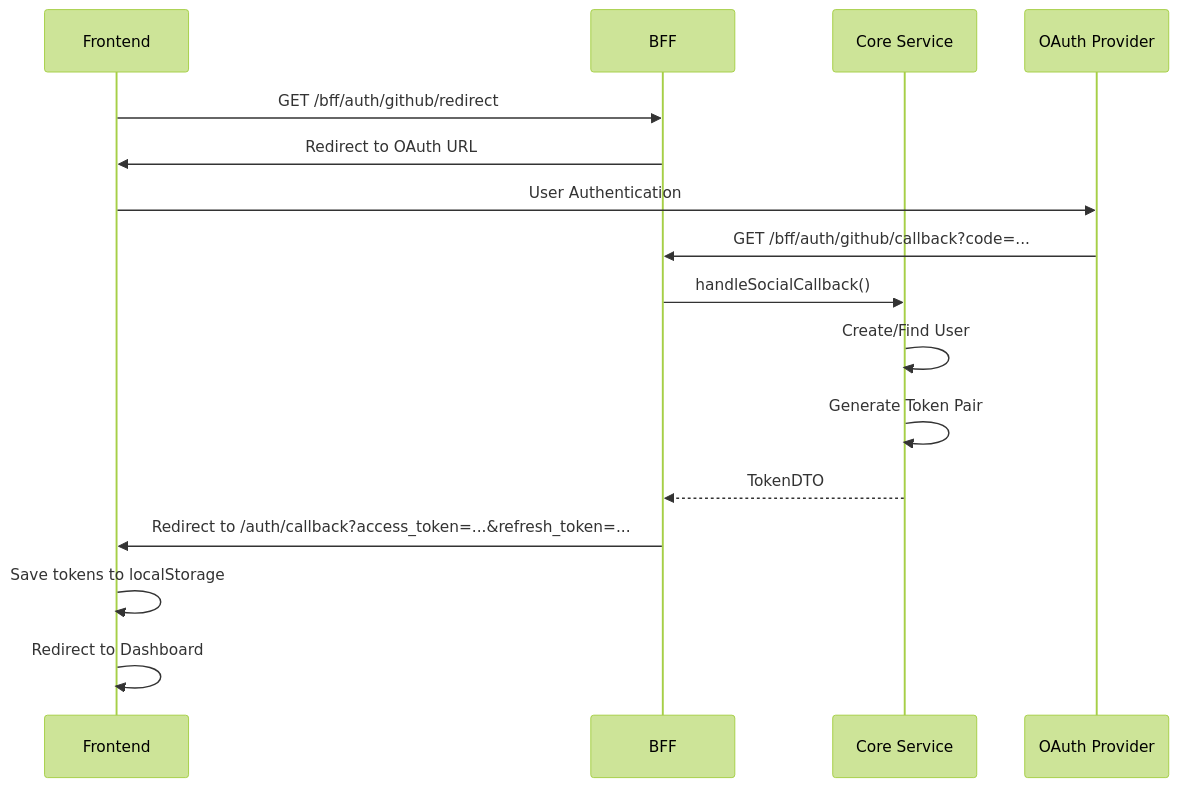
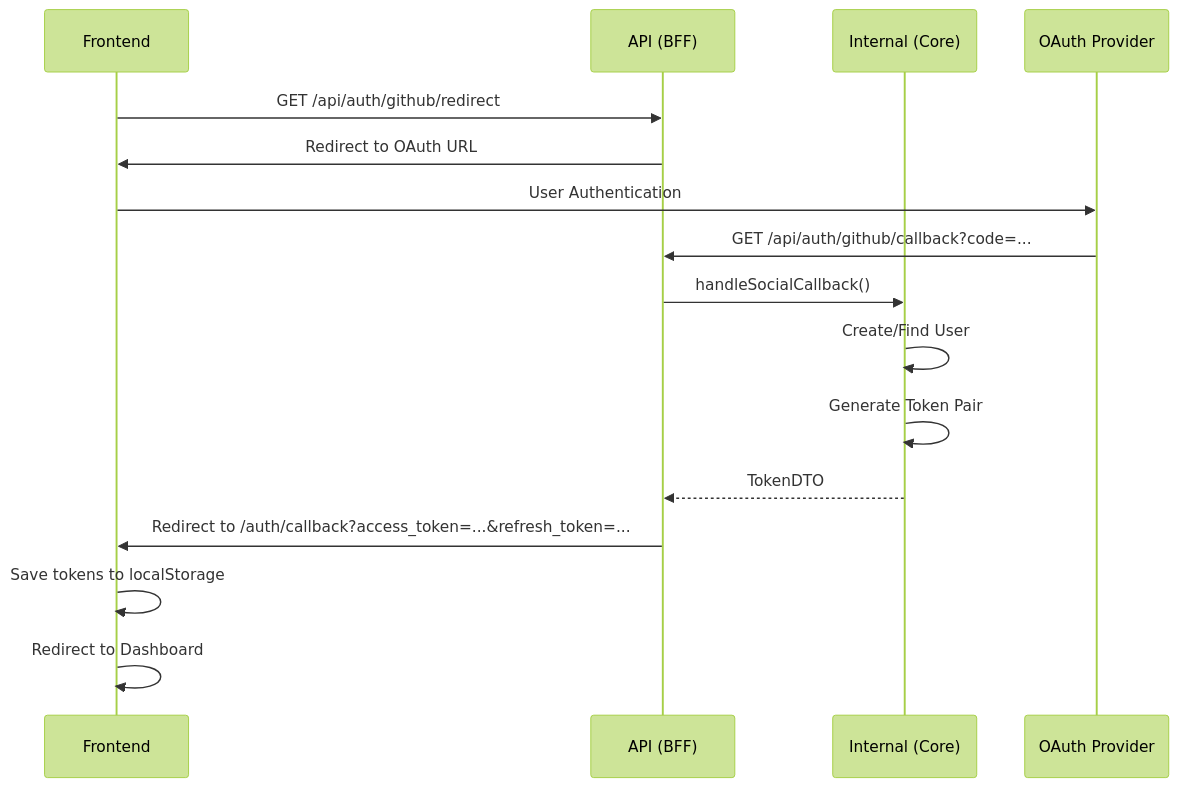
The first of 2 diagrams in docs/BFF.md (shaul1991/toy-core-system), drawn with Mermaid (forest theme) before and after one commit. The commit also changed other lines of this file and 9 other files, not shown here.

First line of the commit message:
refactor: API 경로 구조 변경 (/bff/* → /api/*, /api/* → /internal/*)

````diff
--- a/docs/BFF.md
+++ b/docs/BFF.md
@@ -85,19 +86,19 @@
 ```mermaid
 sequenceDiagram
     participant F as Frontend
-    participant B as BFF
-    participant C as Core Service
+    participant A as API (BFF)
+    participant I as Internal (Core)
     participant O as OAuth Provider
 
-    F->>B: GET /bff/auth/github/redirect
-    B->>F: Redirect to OAuth URL
+    F->>A: GET /api/auth/github/redirect
+    A->>F: Redirect to OAuth URL
     F->>O: User Authentication
-    O->>B: GET /bff/auth/github/callback?code=...
-    B->>C: handleSocialCallback()
-    C->>C: Create/Find User
-    C->>C: Generate Token Pair
-    C-->>B: TokenDTO
-    B->>F: Redirect to /auth/callback?access_token=...&refresh_token=...
+    O->>A: GET /api/auth/github/callback?code=...
+    A->>I: handleSocialCallback()
+    I->>I: Create/Find User
+    I->>I: Generate Token Pair
+    I-->>A: TokenDTO
+    A->>F: Redirect to /auth/callback?access_token=...&refresh_token=...
     F->>F: Save tokens to localStorage
     F->>F: Redirect to Dashboard
 ```
````
